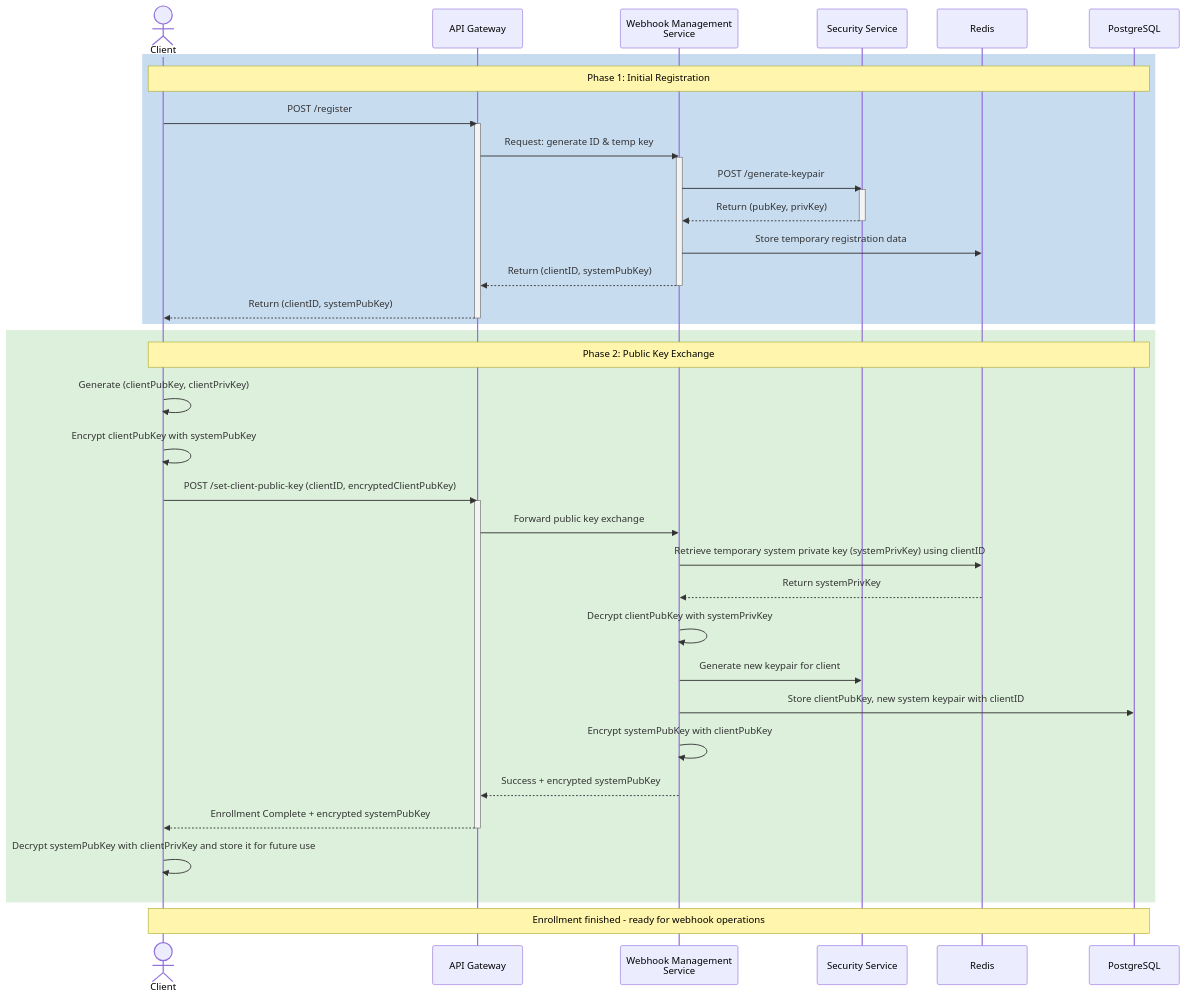
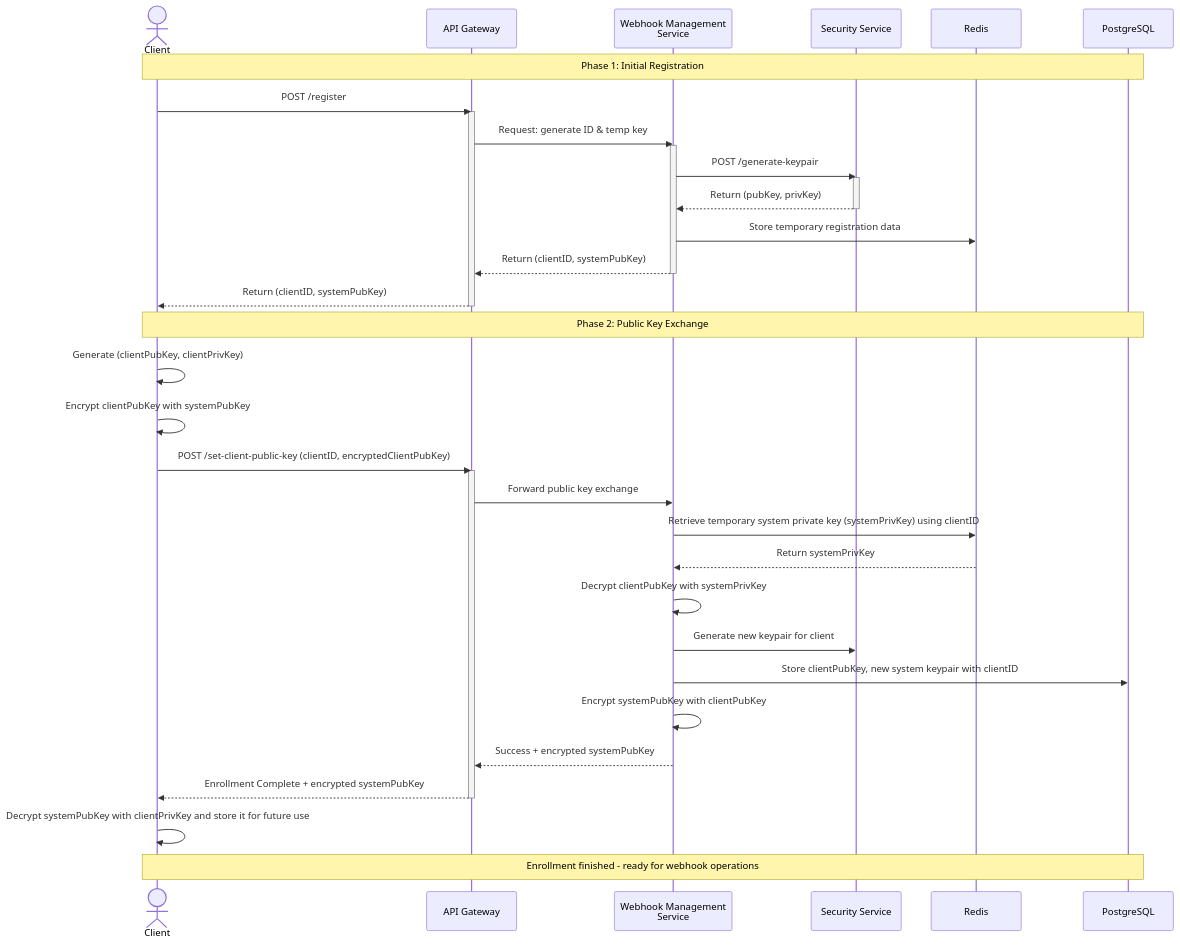
The first of 4 diagrams in docs/PlanDeProiect/arhitectura.md (paul-sas-gh/wh-svc-docs), drawn with Mermaid before and after one commit. The commit also changed other lines of this file and 20 other files, not shown here.

````diff
--- a/docs/PlanDeProiect/arhitectura.md
+++ b/docs/PlanDeProiect/arhitectura.md
@@ -116,47 +353,47 @@
 ```mermaid
 sequenceDiagram
     actor Client
     participant Gateway as API Gateway
     participant Manager as Webhook Management<br/>Service
     participant Security as Security Service
     participant Redis
     participant DB as PostgreSQL
 
-    rect rgb(200, 220, 240)
+
     Note over Client,DB: Phase 1: Initial Registration
     Client->>Gateway: POST /register
     activate Gateway
     Gateway->>Manager: Request: generate ID & temp key
     activate Manager
     Manager->>Security: POST /generate-keypair
     activate Security
     Security-->>Manager: Return (pubKey, privKey)
     deactivate Security
     Manager->>Redis: Store temporary registration data
     Manager-->>Gateway: Return (clientID, systemPubKey)
     deactivate Manager
     Gateway-->>Client: Return (clientID, systemPubKey)
     deactivate Gateway
-    end
 
-    rect rgb(220, 240, 220)
+
+
     Note over Client,DB: Phase 2: Public Key Exchange
     Client->>Client: Generate (clientPubKey, clientPrivKey)
     Client->>Client: Encrypt clientPubKey with systemPubKey
     Client->>Gateway: POST /set-client-public-key (clientID, encryptedClientPubKey)
     activate Gateway
     Gateway->>Manager: Forward public key exchange
     Manager->>Redis: Retrieve temporary system private key (systemPrivKey) using clientID
     Redis-->>Manager: Return systemPrivKey
     Manager->>Manager: Decrypt clientPubKey with systemPrivKey
     Manager->>Security: Generate new keypair for client
     Manager->>DB: Store clientPubKey, new system keypair with clientID
     Manager->>Manager: Encrypt systemPubKey with clientPubKey
     Manager-->>Gateway: Success + encrypted systemPubKey
     Gateway-->>Client: Enrollment Complete + encrypted systemPubKey
     deactivate Gateway
     Client->>Client: Decrypt systemPubKey with clientPrivKey and store it for future use
-    end
+
 
     Note over Client,DB: Enrollment finished - ready for webhook operations
 ```
````
